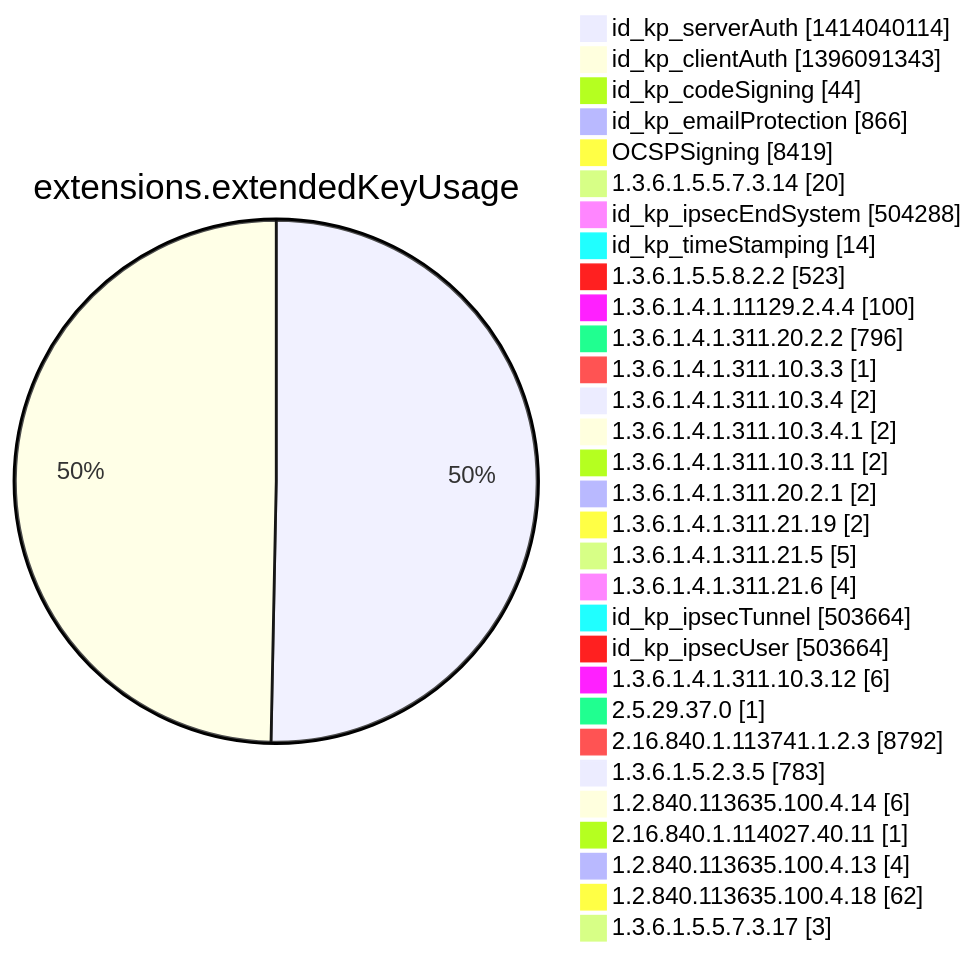
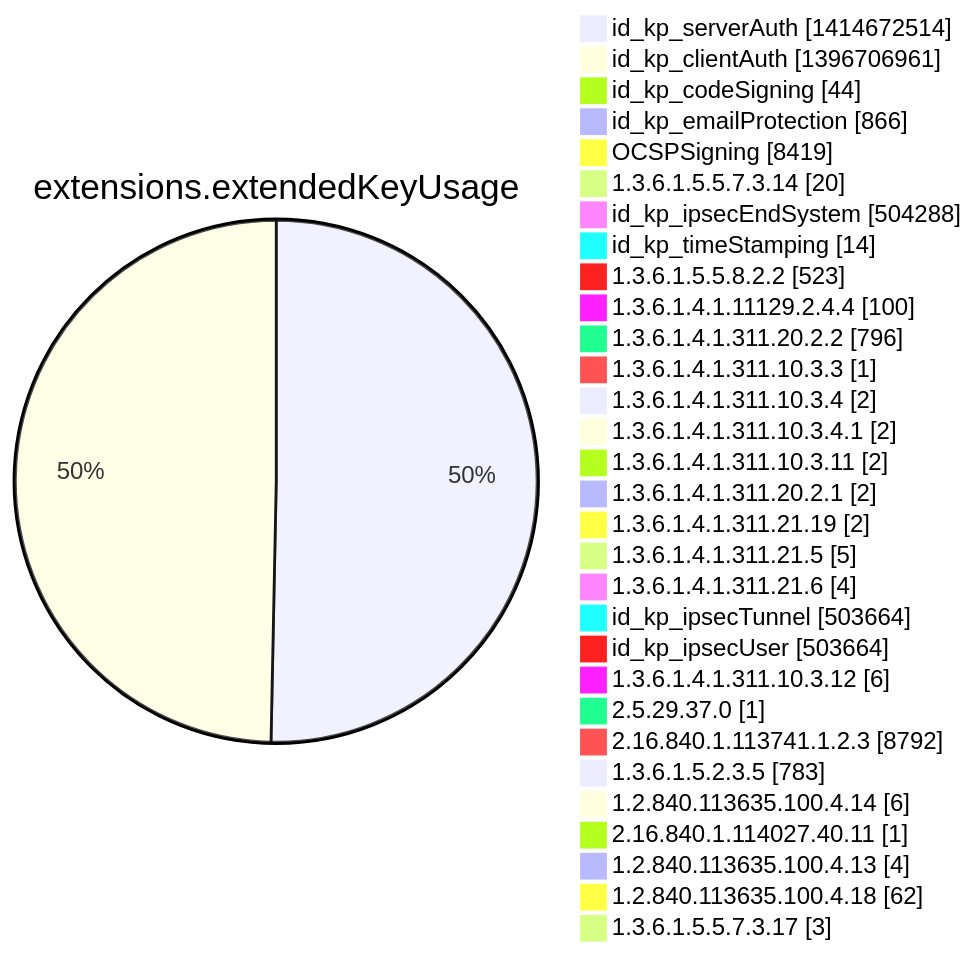
Diagram 12 of 15 in argon2022/README.md (christiankrug/ctmonitor_visualization), drawn with Mermaid before and after one commit. The commit also changed other lines of this file, not shown here.

````diff
--- a/argon2022/README.md
+++ b/argon2022/README.md
@@ -3554,34 +3554,34 @@
 ```mermaid
 pie showData
 title extensions.extendedKeyUsage
-"id_kp_serverAuth" :1414040114
-"id_kp_clientAuth" :1396091343
+"id_kp_serverAuth" :1414672514
+"id_kp_clientAuth" :1396706961
 "id_kp_codeSigning" :44
 "id_kp_emailProtection" :866
 "OCSPSigning" :8419
 "1.3.6.1.5.5.7.3.14" :20
 "id_kp_ipsecEndSystem" :504288
 "id_kp_timeStamping" :14
 "1.3.6.1.5.5.8.2.2" :523
 "1.3.6.1.4.1.11129.2.4.4" :100
 "1.3.6.1.4.1.311.20.2.2" :796
 "1.3.6.1.4.1.311.10.3.3" :1
 "1.3.6.1.4.1.311.10.3.4" :2
 "1.3.6.1.4.1.311.10.3.4.1" :2
 "1.3.6.1.4.1.311.10.3.11" :2
 "1.3.6.1.4.1.311.20.2.1" :2
 "1.3.6.1.4.1.311.21.19" :2
 "1.3.6.1.4.1.311.21.5" :5
 "1.3.6.1.4.1.311.21.6" :4
 "id_kp_ipsecTunnel" :503664
 "id_kp_ipsecUser" :503664
 "1.3.6.1.4.1.311.10.3.12" :6
 "2.5.29.37.0" :1
 "2.16.840.1.113741.1.2.3" :8792
 "1.3.6.1.5.2.3.5" :783
 "1.2.840.113635.100.4.14" :6
 "2.16.840.1.114027.40.11" :1
 "1.2.840.113635.100.4.13" :4
 "1.2.840.113635.100.4.18" :62
 "1.3.6.1.5.5.7.3.17" :3
 ```
````
